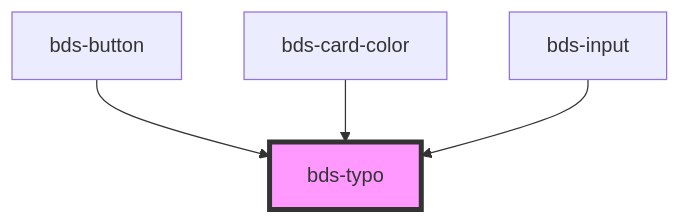
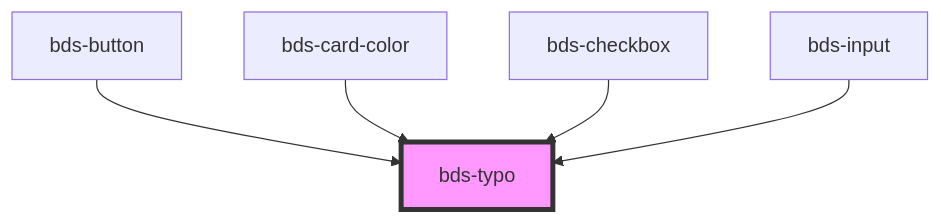
Before and after one commit to takenet/blip-ds: the diagram in src/components/typo/readme.md, drawn with Mermaid. The commit also changed other lines of this file and 9 other files, not shown here.

````diff
--- a/src/components/typo/readme.md
+++ b/src/components/typo/readme.md
@@ -30,7 +31,8 @@
 ```mermaid
 graph TD;
   bds-button --> bds-typo
   bds-card-color --> bds-typo
+  bds-checkbox --> bds-typo
   bds-input --> bds-typo
   style bds-typo fill:#f9f,stroke:#333,stroke-width:4px
 ```
````
